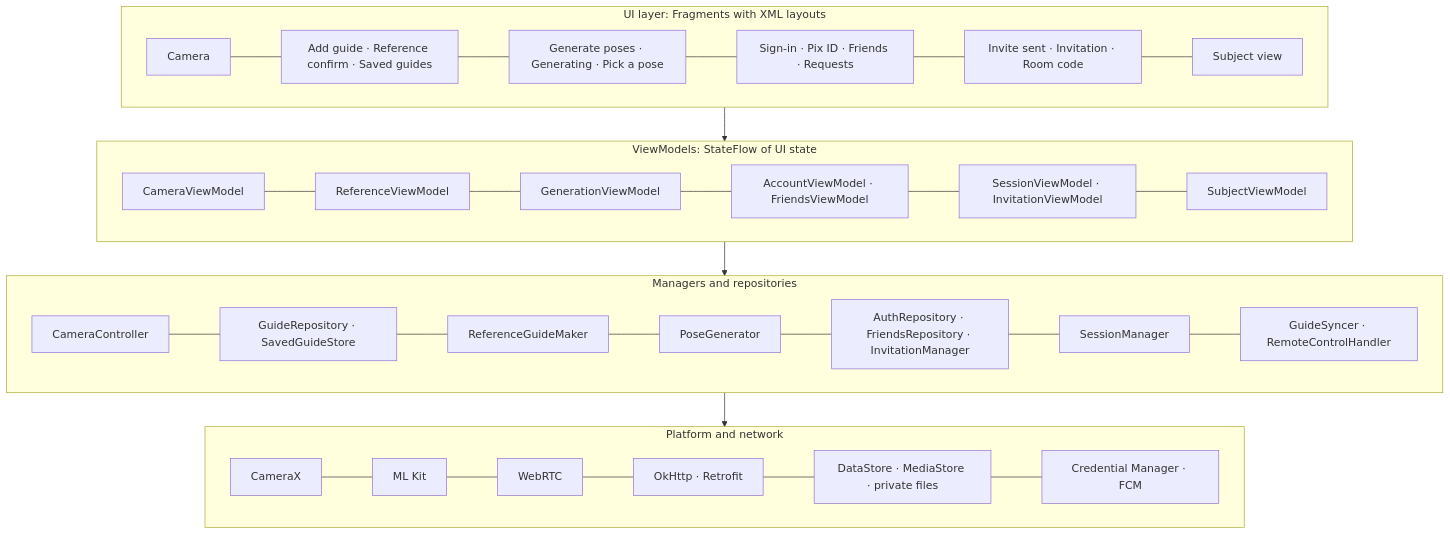
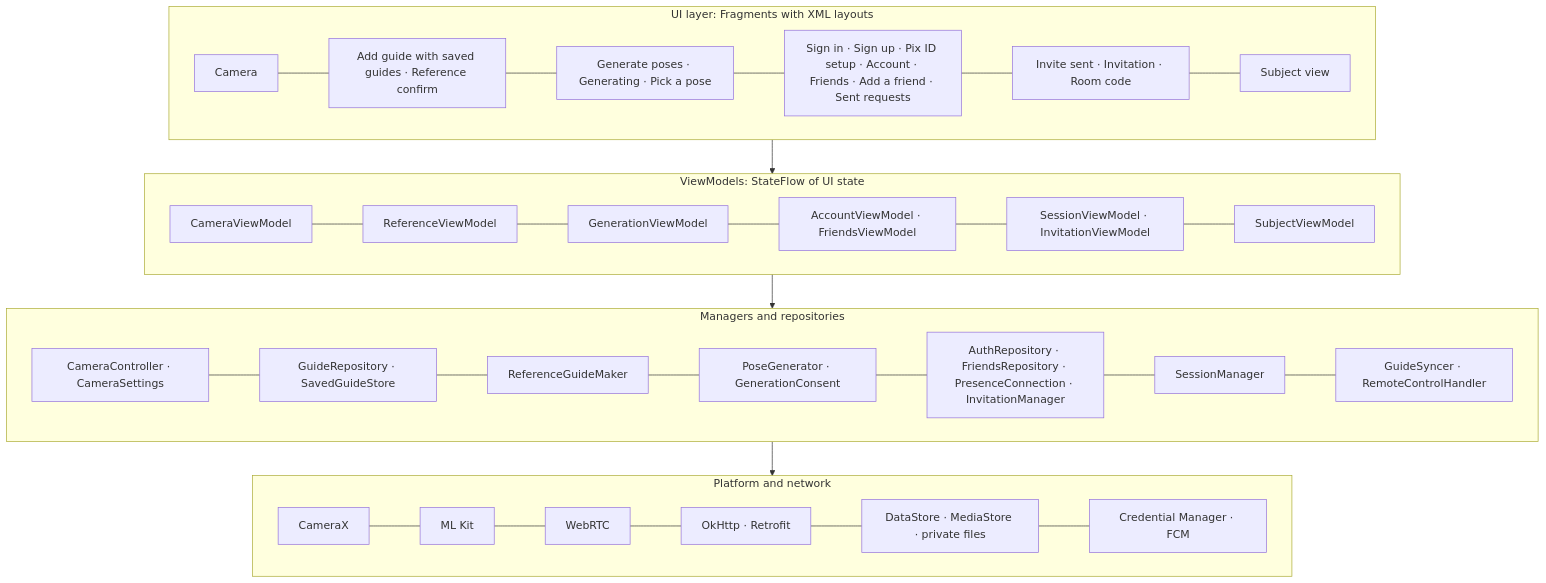
Before and after one commit to snuhcs-course/swpp-2026-project-team-10: the fifth of 12 diagrams in wiki/Design-Documentation.md, drawn with Mermaid. The commit also changed other lines of this file and 10 other files, not shown here.

````diff
--- a/wiki/Design-Documentation.md
+++ b/wiki/Design-Documentation.md
@@ -316,16 +319,16 @@
 ```mermaid
 flowchart TB
   subgraph UI["UI layer: Fragments with XML layouts"]
-    C1["Camera"] --- C2["Add guide · Reference confirm · Saved guides"] --- C3["Generate poses · Generating · Pick a pose"] --- C4["Sign-in · Pix ID · Friends · Requests"] --- C5["Invite sent · Invitation · Room code"] --- C6["Subject view"]
+    C1["Camera"] --- C2["Add guide with saved guides · Reference confirm"] --- C3["Generate poses · Generating · Pick a pose"] --- C4["Sign in · Sign up · Pix ID setup · Account · Friends · Add a friend · Sent requests"] --- C5["Invite sent · Invitation · Room code"] --- C6["Subject view"]
   end
   subgraph VM["ViewModels: StateFlow of UI state"]
     V1["CameraViewModel"] --- V2["ReferenceViewModel"] --- V3["GenerationViewModel"] --- V4["AccountViewModel · FriendsViewModel"] --- V5["SessionViewModel · InvitationViewModel"] --- V6["SubjectViewModel"]
   end
   subgraph DOM["Managers and repositories"]
-    D1["CameraController"] --- D2["GuideRepository · SavedGuideStore"] --- D3["ReferenceGuideMaker"] --- D4["PoseGenerator"] --- D5["AuthRepository · FriendsRepository · InvitationManager"] --- D6["SessionManager"] --- D7["GuideSyncer · RemoteControlHandler"]
+    D1["CameraController · CameraSettings"] --- D2["GuideRepository · SavedGuideStore"] --- D3["ReferenceGuideMaker"] --- D4["PoseGenerator · GenerationConsent"] --- D5["AuthRepository · FriendsRepository · PresenceConnection · InvitationManager"] --- D6["SessionManager"] --- D7["GuideSyncer · RemoteControlHandler"]
   end
   subgraph SRC["Platform and network"]
     S1["CameraX"] --- S2["ML Kit"] --- S3["WebRTC"] --- S4["OkHttp · Retrofit"] --- S5["DataStore · MediaStore · private files"] --- S6["Credential Manager · FCM"]
   end
   UI --> VM --> DOM --> SRC
 ```
````
